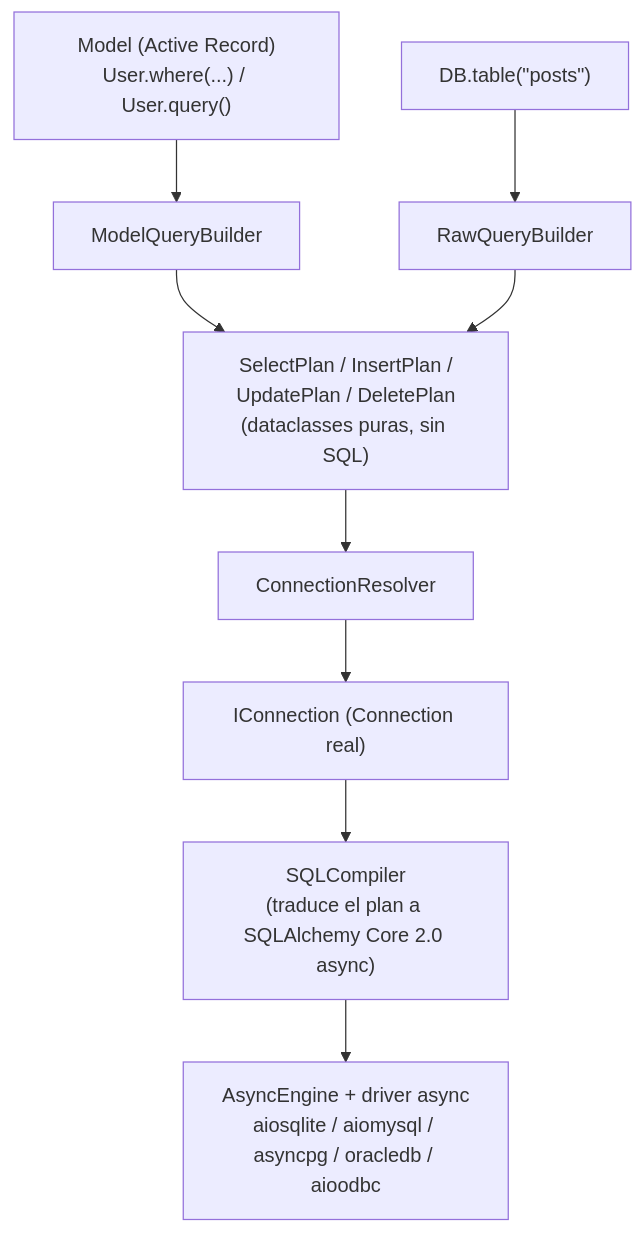
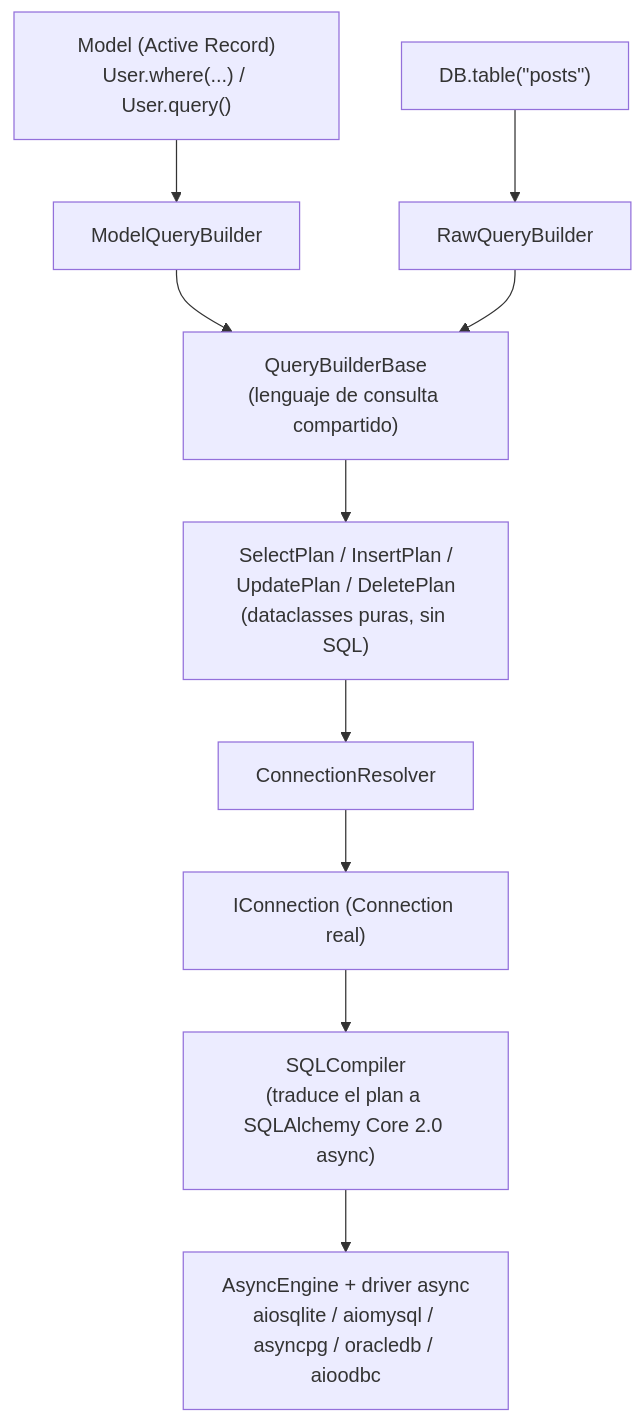
The first of 2 diagrams in orionis/orm/README.es.md (cgrodriguezt/framework), drawn with Mermaid before and after one commit. The commit also changed other lines of this file, not shown here.

````diff
--- a/orionis/orm/README.es.md
+++ b/orionis/orm/README.es.md
@@ -34,11 +37,12 @@
 ```mermaid
 flowchart TD
     A["Model (Active Record)<br/>User.where(...) / User.query()"] --> B["ModelQueryBuilder"]
     A2["DB.table(&quot;posts&quot;)"] --> B2["RawQueryBuilder"]
-    B --> C["SelectPlan / InsertPlan /<br/>UpdatePlan / DeletePlan<br/>(dataclasses puras, sin SQL)"]
-    B2 --> C
+    B --> Q["QueryBuilderBase<br/>(lenguaje de consulta compartido)"]
+    B2 --> Q
+    Q --> C["SelectPlan / InsertPlan /<br/>UpdatePlan / DeletePlan<br/>(dataclasses puras, sin SQL)"]
     C --> D["ConnectionResolver"]
     D --> E["IConnection (Connection real)"]
     E --> F["SQLCompiler<br/>(traduce el plan a SQLAlchemy Core 2.0 async)"]
     F --> G["AsyncEngine + driver async<br/>aiosqlite / aiomysql / asyncpg / oracledb / aioodbc"]
 ```
````
